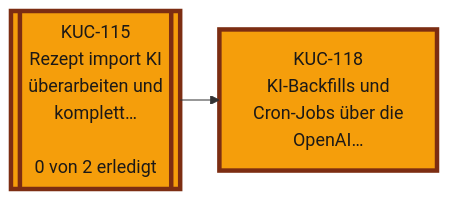
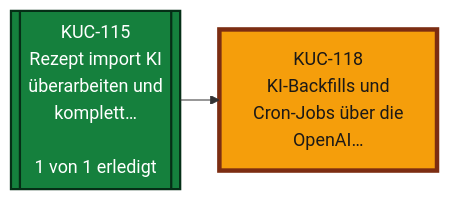
One commit to isntfunny/kitchenpace changed the fourth of 5 diagrams in GAMEPLAN.md. Above: the diagram before and after it, drawn with Mermaid. The commit also changed other lines of this file, not shown here.

Commit message:
docs: regenerate GAMEPLAN.md after the 2026-11-21 release (KUC-88, KUC-94, KUC-115, KUC-116 done)

````diff
--- a/GAMEPLAN.md
+++ b/GAMEPLAN.md
@@ -130,16 +130,16 @@
 ```mermaid
 %%{init: {"flowchart": {"defaultRenderer": "elk"}}}%%
 flowchart LR
-    KUC115[["KUC-115<br/>Rezept import KI<br/>überarbeiten und<br/>komplett…<br/><br/>0 von 2 erledigt"]]:::doing
+    KUC115[["KUC-115<br/>Rezept import KI<br/>überarbeiten und<br/>komplett…<br/><br/>1 von 1 erledigt"]]:::done
     KUC118["KUC-118<br/>KI-Backfills und<br/>Cron-Jobs über die<br/>OpenAI…"]:::doing
     KUC115 --> KUC118
     click KUC115 "https://youtrack.tecfriends.de/issue/KUC-115"
     click KUC118 "https://youtrack.tecfriends.de/issue/KUC-118"
     classDef ideas fill:#f3e8ff,stroke:#7e22ce,color:#3b0764,stroke-dasharray:2 4
     classDef backlog fill:#f1f5f9,stroke:#64748b,color:#0f172a,stroke-dasharray:6 4
     classDef todo fill:#2563eb,stroke:#1e3a8a,color:#ffffff,stroke-width:2px
     classDef doing fill:#f59e0b,stroke:#7c2d12,color:#1c1917,stroke-width:4px
     classDef done fill:#15803d,stroke:#052e16,color:#ffffff,stroke-width:2px
     classDef wontdo fill:#fee2e2,stroke:#b91c1c,color:#450a0a,stroke-dasharray:2 2
     classDef unknown fill:#ffffff,stroke:#6b7280,color:#111827,stroke-dasharray:1 3
 ```
````
